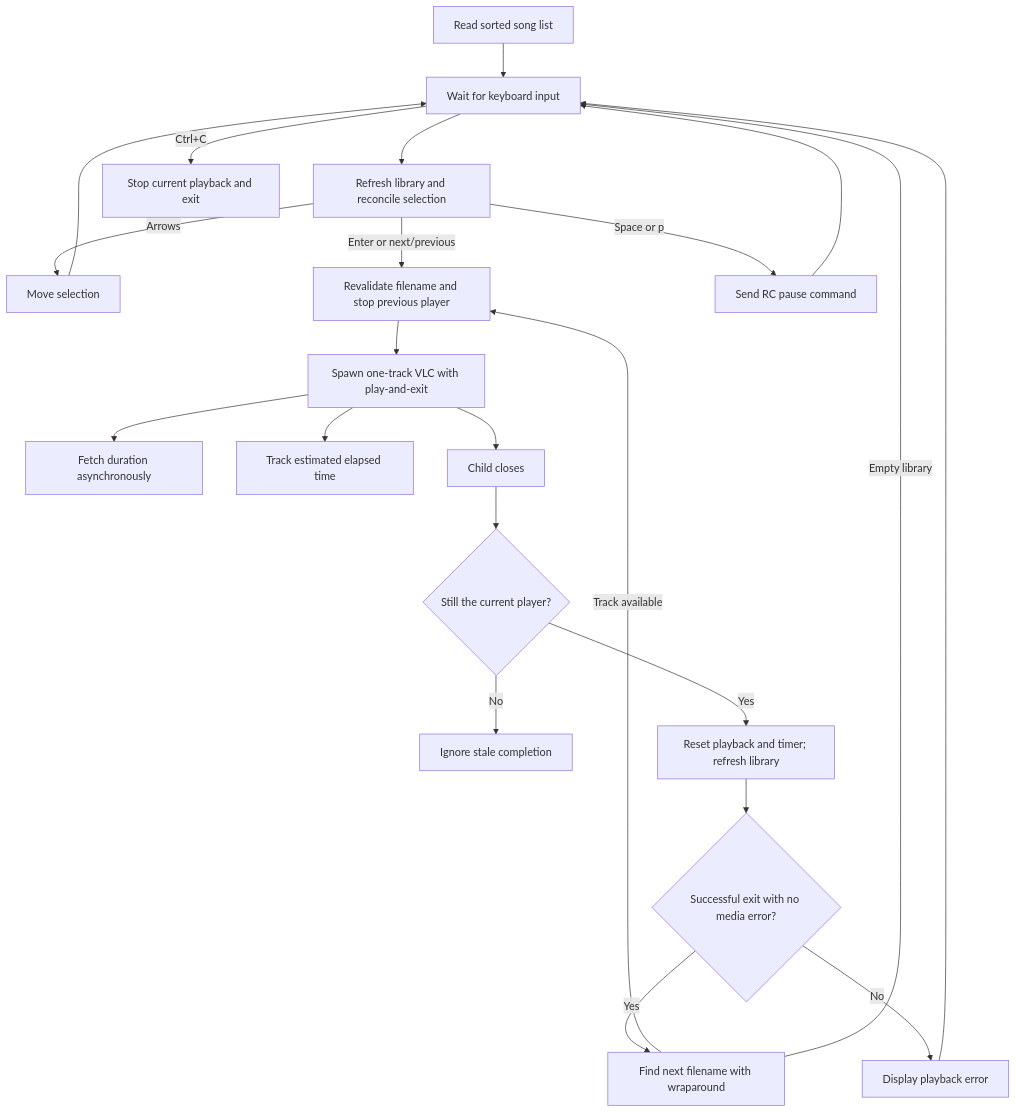
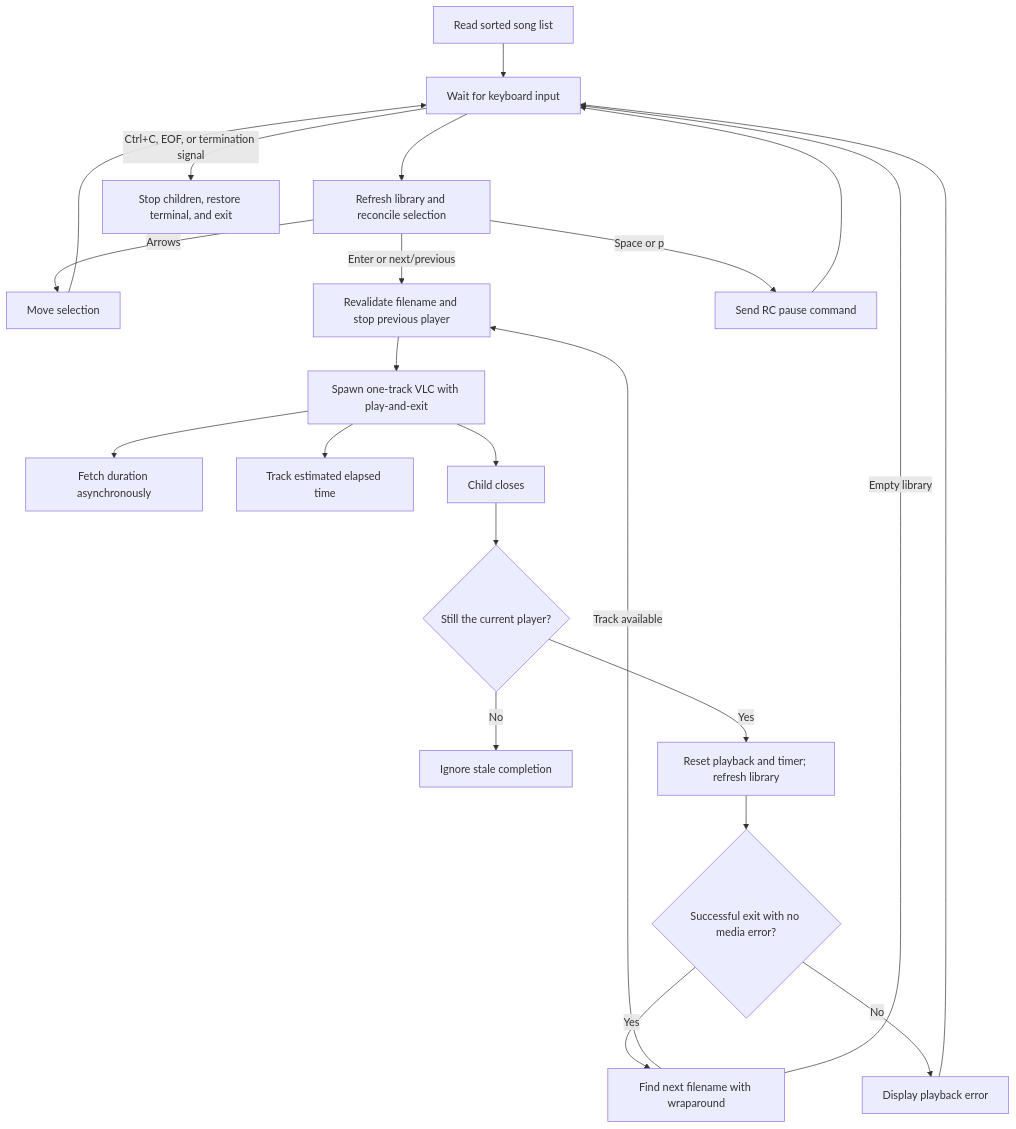
Before and after one commit to Akshith17323/Music_Player_CLI_js: the diagram in ARCHITECTURE.md, drawn with Mermaid. The commit also changed other lines of this file and 3 other files, not shown here.

Commit message:
Fixed Playback processes can survive application exit in both players.

````diff
--- a/ARCHITECTURE.md
+++ b/ARCHITECTURE.md
@@ -107,24 +107,24 @@
 ```mermaid
 flowchart TD
     Start[Read sorted song list] --> Input[Wait for keyboard input]
     Input --> Refresh[Refresh library and reconcile selection]
     Refresh -->|Arrows| Select[Move selection]
     Select --> Input
     Refresh -->|Enter or next/previous| Play[Revalidate filename and stop previous player]
     Play --> Spawn[Spawn one-track VLC with play-and-exit]
     Spawn --> Metadata[Fetch duration asynchronously]
     Spawn --> Timer[Track estimated elapsed time]
     Refresh -->|Space or p| Pause[Send RC pause command]
     Pause --> Input
     Spawn --> Close[Child closes]
     Close --> Owner{Still the current player?}
     Owner -->|No| Ignore[Ignore stale completion]
     Owner -->|Yes| Reset[Reset playback and timer; refresh library]
     Reset --> Success{Successful exit with no media error?}
     Success -->|Yes| Next[Find next filename with wraparound]
     Next -->|Track available| Play
     Next -->|Empty library| Input
     Success -->|No| Error[Display playback error]
     Error --> Input
-    Input -->|Ctrl+C| Exit[Stop current playback and exit]
+    Input -->|Ctrl+C, EOF, or termination signal| Exit[Stop children, restore terminal, and exit]
 ```
````
